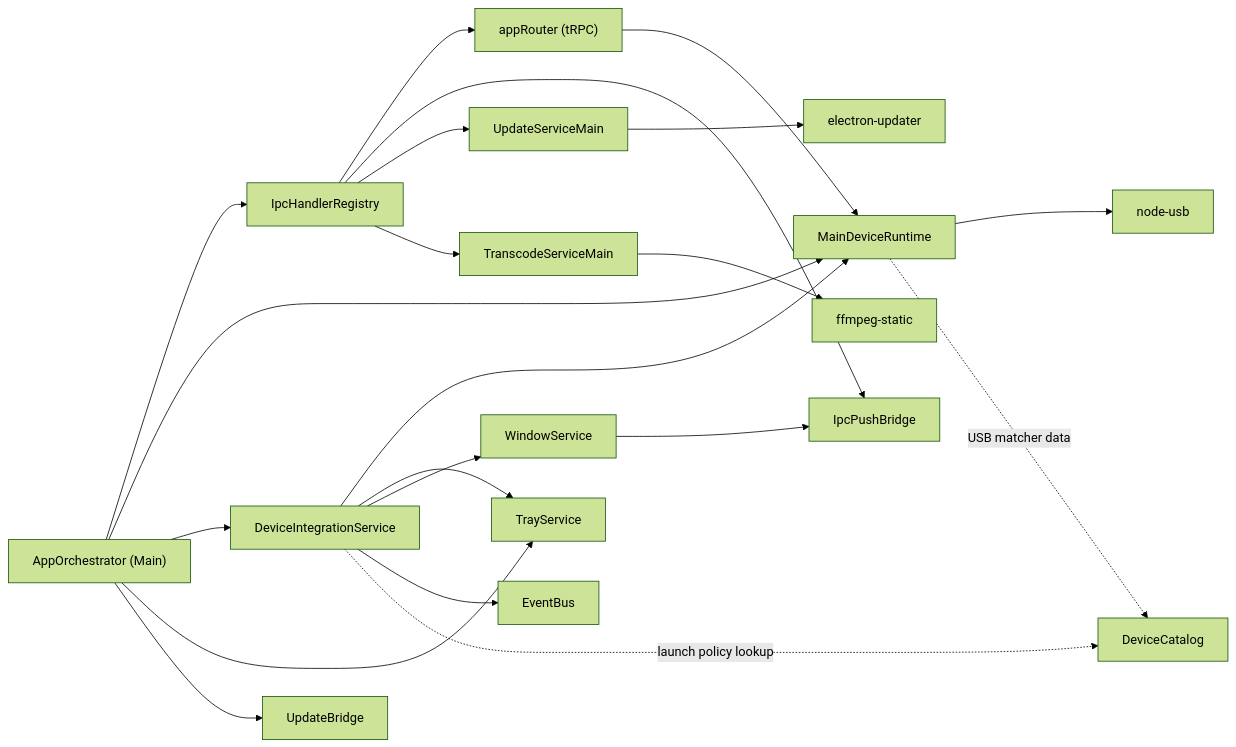
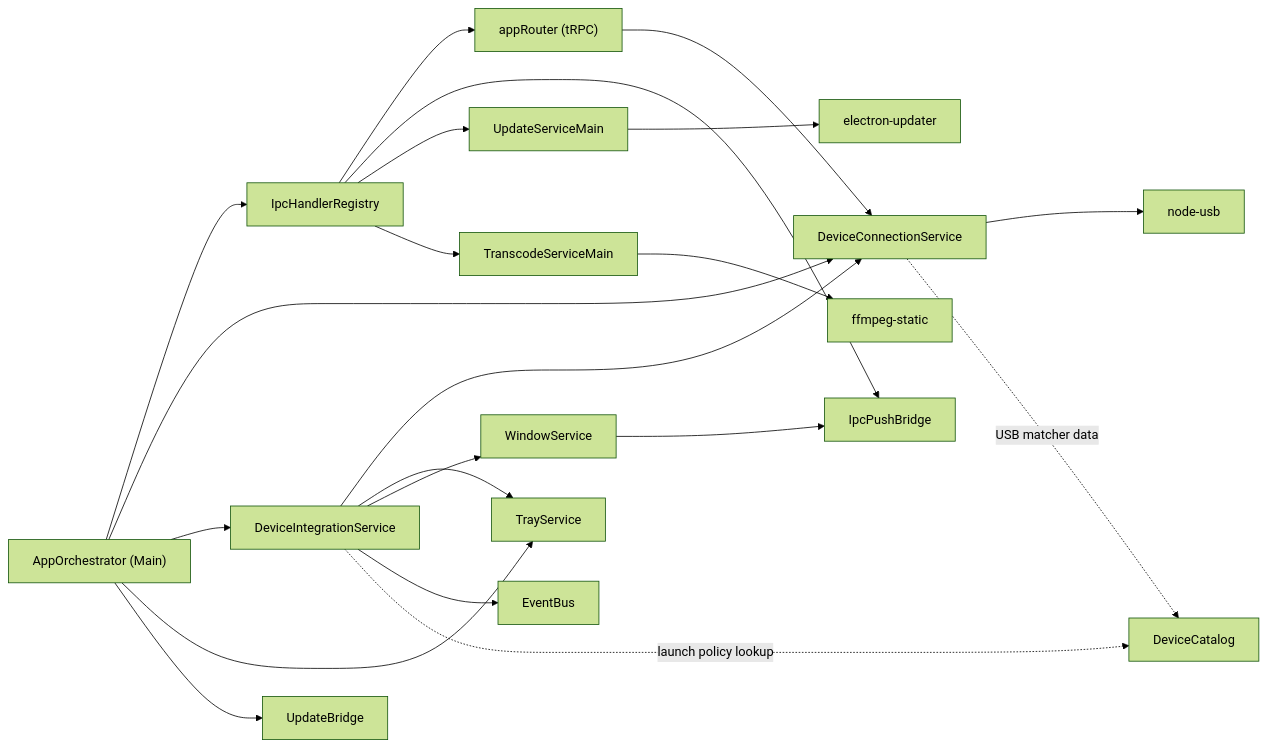
One commit to josstei/prismgb-app changed the fifth of 6 diagrams in docs/architecture-diagrams-onboarding.md. Above: the diagram before and after it, drawn with Mermaid (forest theme). The commit also changed other lines of this file and 36 other files, not shown here.

Commit message:
refactor(devices): normalize package architecture

````diff
--- a/docs/architecture-diagrams-onboarding.md
+++ b/docs/architecture-diagrams-onboarding.md
@@ -86,41 +86,41 @@
 ```mermaid
 flowchart LR
   AppOrchestrator["AppOrchestrator (Main)"]
   IpcHandlerRegistry[IpcHandlerRegistry]
   AppRouter["appRouter (tRPC)"]
   IpcPushBridge[IpcPushBridge]
   WindowService[WindowService]
   TrayService[TrayService]
   EventBus[EventBus]
   DeviceIntegrationService[DeviceIntegrationService]
-  MainDeviceRuntime[MainDeviceRuntime]
+  DeviceConnectionService[DeviceConnectionService]
   UpdateBridge[UpdateBridge]
   UpdateServiceMain[UpdateServiceMain]
   TranscodeServiceMain[TranscodeServiceMain]
   UsbMonitor[node-usb]
   DeviceCatalog[DeviceCatalog]
   AutoUpdater[electron-updater]
   FFmpeg[ffmpeg-static]
 
   AppOrchestrator --> IpcHandlerRegistry
-  AppOrchestrator --> MainDeviceRuntime
+  AppOrchestrator --> DeviceConnectionService
   AppOrchestrator --> DeviceIntegrationService
   AppOrchestrator --> TrayService
   AppOrchestrator --> UpdateBridge
 
   IpcHandlerRegistry --> AppRouter
   IpcHandlerRegistry --> IpcPushBridge
-  AppRouter --> MainDeviceRuntime
+  AppRouter --> DeviceConnectionService
   IpcHandlerRegistry --> UpdateServiceMain
   IpcHandlerRegistry --> TranscodeServiceMain
-  DeviceIntegrationService --> MainDeviceRuntime
+  DeviceIntegrationService --> DeviceConnectionService
   DeviceIntegrationService --> TrayService
   DeviceIntegrationService --> WindowService
   DeviceIntegrationService --> EventBus
   DeviceIntegrationService -. "launch policy lookup" .-> DeviceCatalog
   WindowService --> IpcPushBridge
-  MainDeviceRuntime --> UsbMonitor
-  MainDeviceRuntime -. "USB matcher data" .-> DeviceCatalog
+  DeviceConnectionService --> UsbMonitor
+  DeviceConnectionService -. "USB matcher data" .-> DeviceCatalog
   UpdateServiceMain --> AutoUpdater
   TranscodeServiceMain --> FFmpeg
 ```
````
